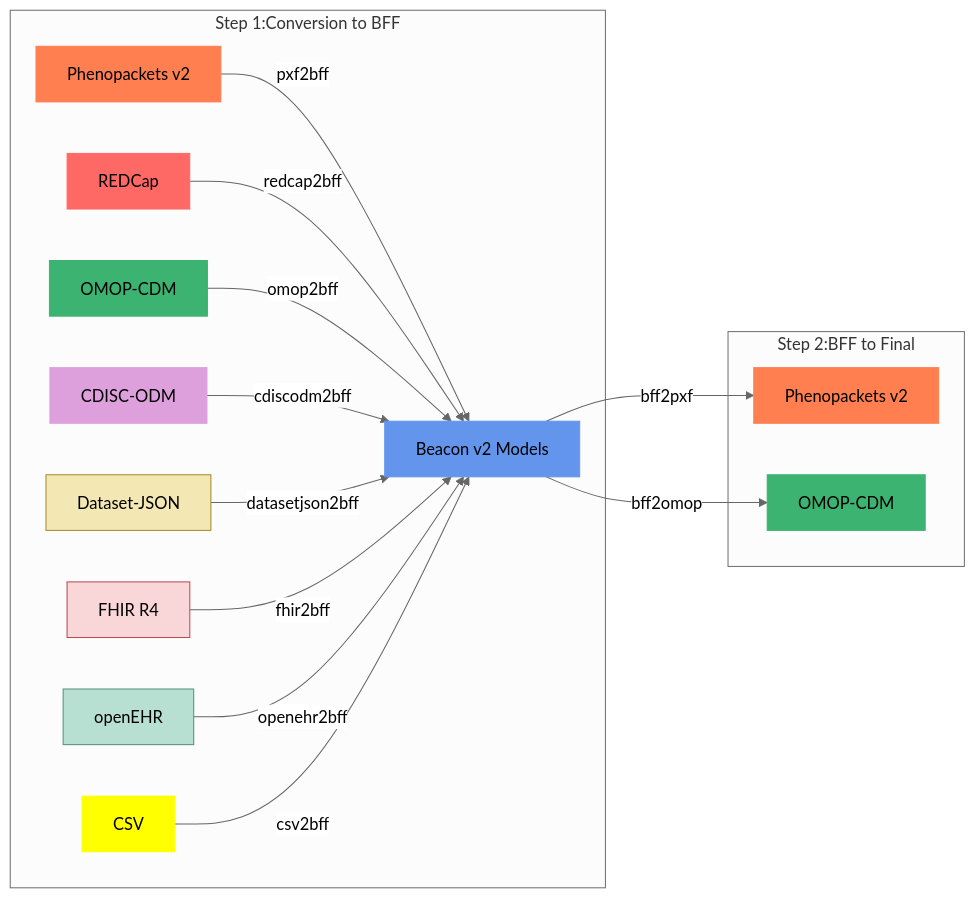
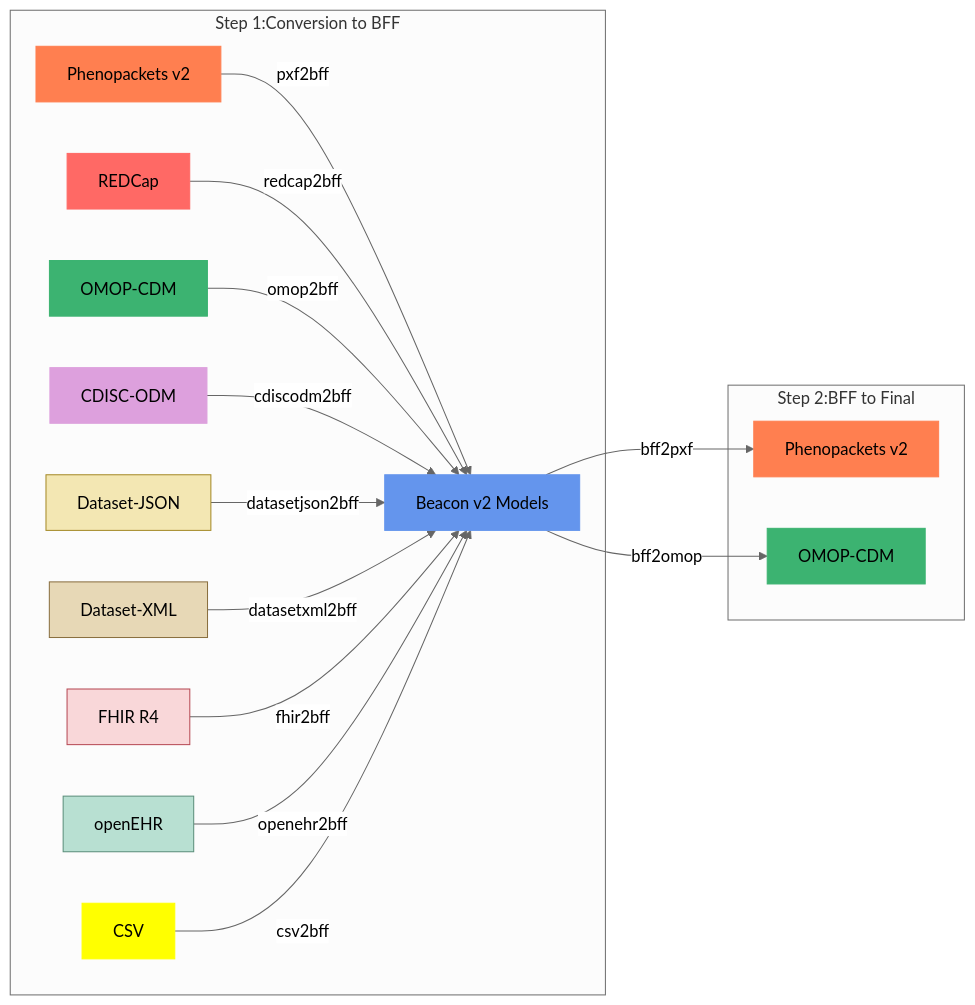
Before and after one commit to CNAG-Biomedical-Informatics/convert-pheno: the diagram in docs-site/docs/mapping-steps.mdx, drawn with Mermaid. The commit also changed other lines of this file and 103 other files, not shown here.

````diff
--- a/docs-site/docs/mapping-steps.mdx
+++ b/docs-site/docs/mapping-steps.mdx
@@ -40,32 +40,34 @@
 ```mermaid
 %%{init: {'theme':'neutral'}}%%
 graph LR
   subgraph "Step 1:Conversion to BFF"
   B[Phenopackets v2] -->|pxf2bff| A
   C[REDCap] -->|redcap2bff| A[Beacon v2 Models]
   D[OMOP-CDM] -->|omop2bff| A
   E[CDISC-ODM] -->|cdiscodm2bff| A
   I[Dataset-JSON] -->|datasetjson2bff| A
+  X[Dataset-XML] -->|datasetxml2bff| A
   J[FHIR R4] -->|fhir2bff| A
   K[openEHR] -->|openehr2bff| A
   G[CSV] -->|csv2bff| A
   end
 
   subgraph "Step 2:BFF to Final"
   A --> |bff2pxf | F[Phenopackets v2]
   A --> |bff2omop| H[OMOP-CDM]
   end
 
   style A fill: #6495ED, stroke: #6495ED
   style B fill: #FF7F50, stroke: #FF7F50
   style C fill: #FF6965, stroke: #FF6965
   style D fill: #3CB371, stroke: #3CB371
   style E fill: #DDA0DD, stroke: #DDA0DD
   style F fill: #FF7F50, stroke: #FF7F50
   style G fill: #FFFF00, stroke: #FFFF00
   style H fill: #3CB371, stroke: #3CB371
   style I fill: #F3E7B3, stroke: #A58A28
+  style X fill: #E7D8B6, stroke: #8A7040
   style J fill: #F9D7D9, stroke: #B74A55
   style K fill: #B8E0D2, stroke: #5B8F7B
 
 ```
````
